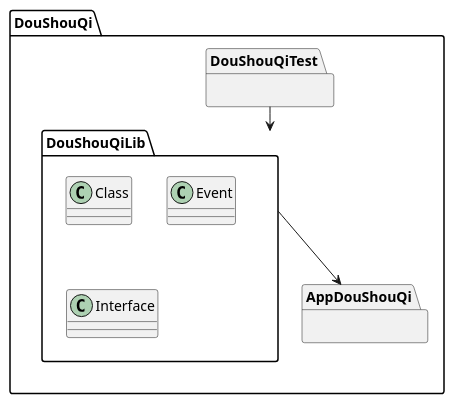
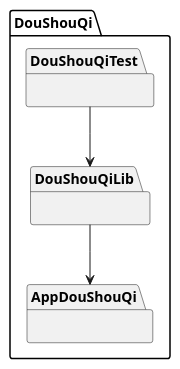
Before and after one commit to Pepit0404/DouShouQi: the diagram in Documentation/diagramme/Paquetage.md, drawn with PlantUML.

Commit message:
Mise à jour de 'Documentation/diagramme/Paquetage.md'

````diff
--- a/Documentation/diagramme/Paquetage.md
+++ b/Documentation/diagramme/Paquetage.md
@@ -1,21 +1,18 @@
 ``` plantuml
 @startuml
 
 namespace DouShouQi{
   package DouShouQiLib{
-    class Class
-    class Event
-    class Interface
   }
   package DouShouQiTest{
 
   }
   package AppDouShouQi{
   
   }
 }
 
 DouShouQiLib --> AppDouShouQi
 DouShouQiTest --> DouShouQiLib
 @enduml
 ```
````
